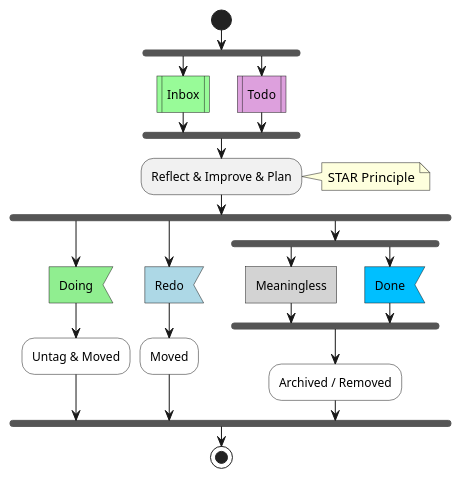
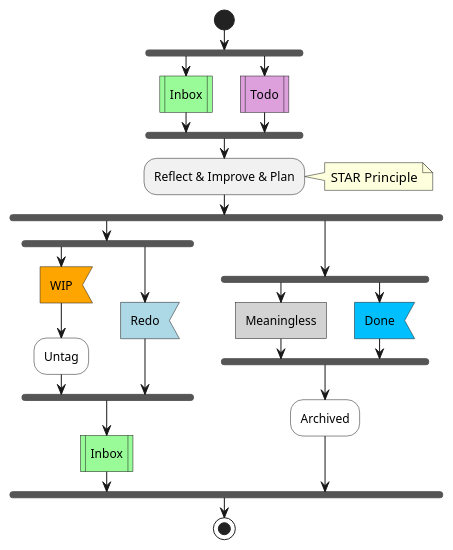
The third of 3 diagrams in snips/principles/gtd-concise.md (IceHe/icehe-lib), drawn with PlantUML before and after one commit. The commit also changed other lines of this file and 1 other file, not shown here.

````diff
--- a/snips/principles/gtd-concise.md
+++ b/snips/principles/gtd-concise.md
@@ -334,27 +86,29 @@
 ```plantuml
 @startuml
 start
 fork
     #paleGreen:Inbox|
 fork again
     #plum:Todo|
 end fork
 :Reflect & Improve & Plan;
 note right : STAR Principle
 fork
-    #lightGreen:Doing<
-    #white:Untag & Moved;
-fork again
-    #lightBlue:Redo<
-    #white:Moved;
+    fork
+        #orange:WIP<
+        #white:Untag;
+    fork again
+        #lightBlue:Redo<
+    end fork
+    #paleGreen:Inbox|
 fork again
     fork
         #lightGray:Meaningless]
     fork again
         #deepSkyBlue:Done<
     end fork
-    #white:Archived / Removed;
+    #white:Archived;
 end fork
 stop
 @enduml
 ```
````
